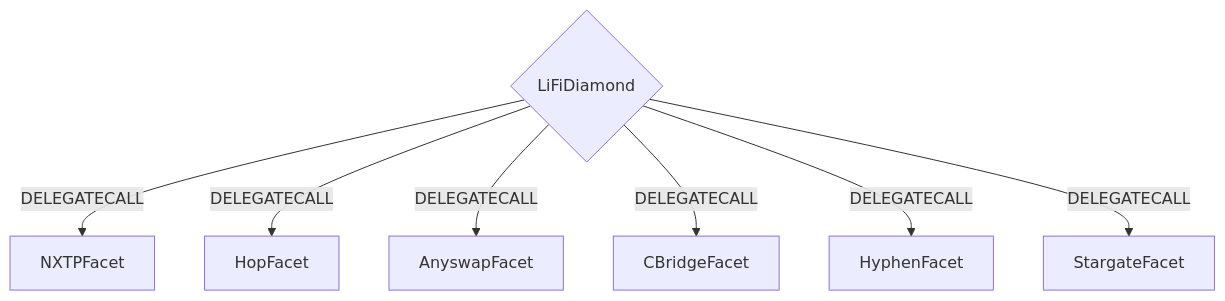
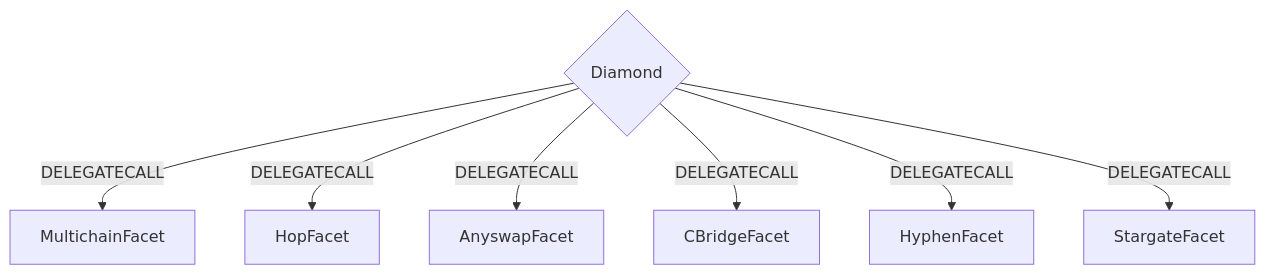
One commit to crosschaintools/Crosschain changed the first of 2 diagrams in ab-contract/README.md. Above: the diagram before and after it, drawn with Mermaid. The commit also changed other lines of this file and 54 other files, not shown here.

````diff
--- a/ab-contract/README.md
+++ b/ab-contract/README.md
@@ -109,9 +95,9 @@
 ```mermaid
 graph TD;
-    D{LiFiDiamond}-- DELEGATECALL -->NXTPFacet;
-    D{LiFiDiamond}-- DELEGATECALL -->HopFacet;
-    D{LiFiDiamond}-- DELEGATECALL -->AnyswapFacet;
-    D{LiFiDiamond}-- DELEGATECALL -->CBridgeFacet;
-    D{LiFiDiamond}-- DELEGATECALL -->HyphenFacet;
-    D{LiFiDiamond}-- DELEGATECALL -->StargateFacet;
+    D{Diamond}-- DELEGATECALL -->MultichainFacet;
+    D{Diamond}-- DELEGATECALL -->HopFacet;
+    D{Diamond}-- DELEGATECALL -->AnyswapFacet;
+    D{Diamond}-- DELEGATECALL -->CBridgeFacet;
+    D{Diamond}-- DELEGATECALL -->HyphenFacet;
+    D{Diamond}-- DELEGATECALL -->StargateFacet;
 ```
````
